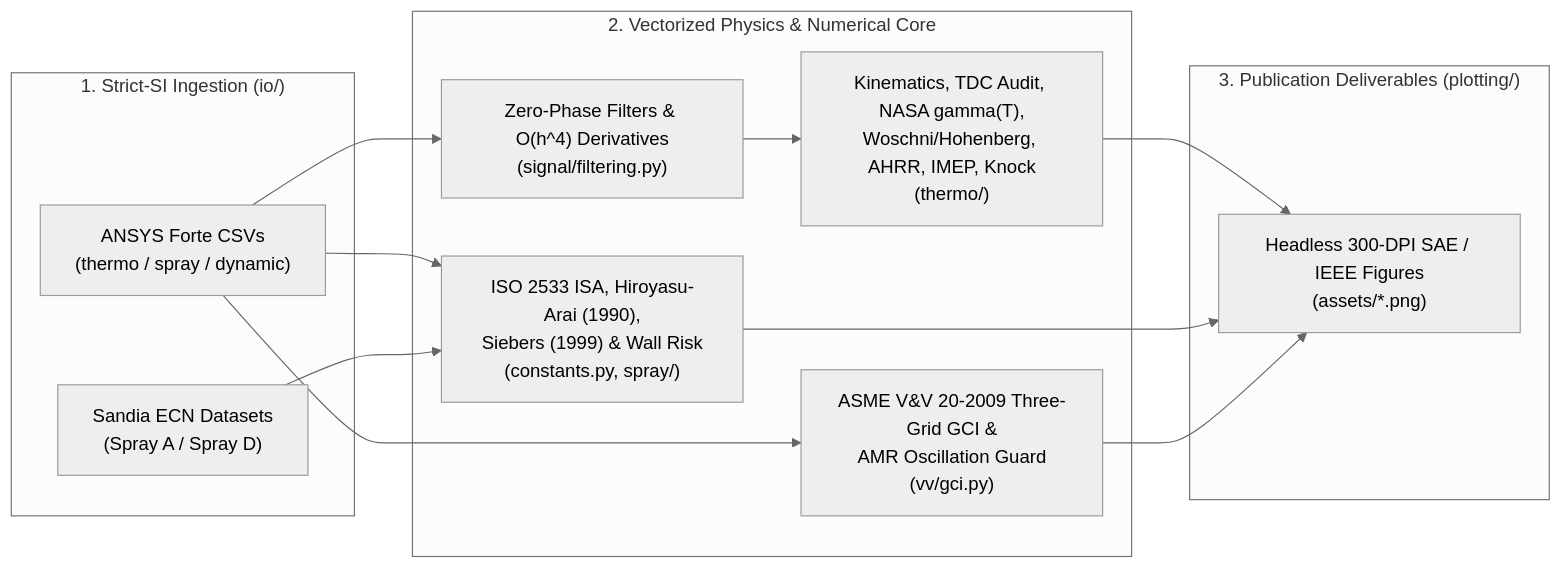
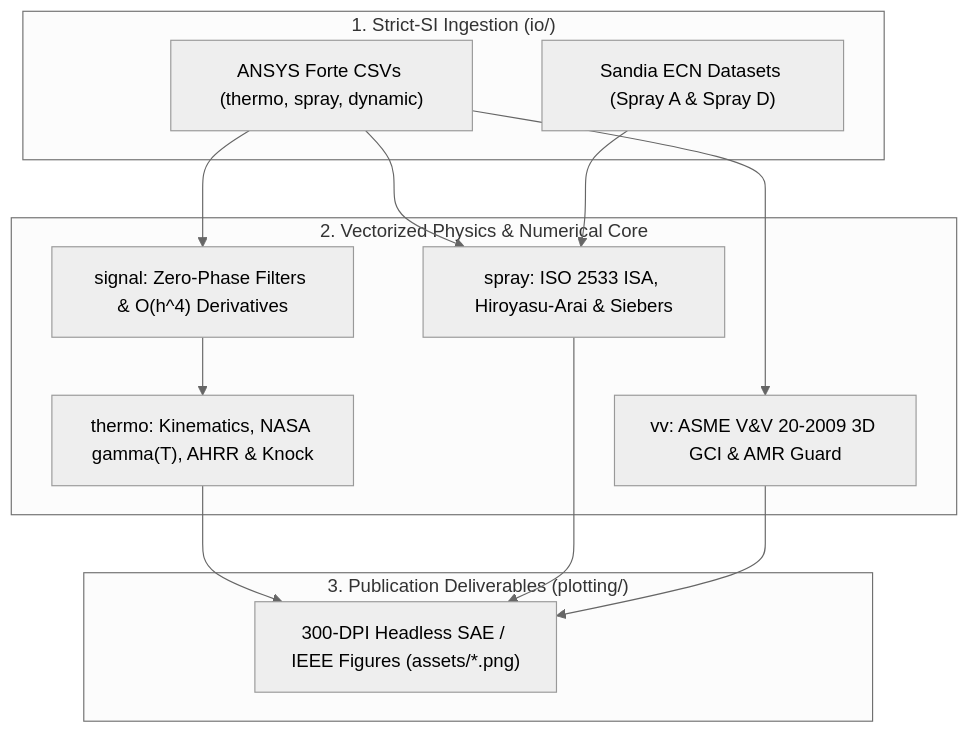
The diagram in README.md (alpztel/ice-cfd-validation-assistant), drawn with Mermaid (neutral theme) before and after one commit. The commit also changed other lines of this file and 5 other files, not shown here.

````diff
--- a/README.md
+++ b/README.md
@@ -143,23 +141,23 @@
 ```mermaid
-flowchart LR
+flowchart TD
     subgraph IO["1. Strict-SI Ingestion (io/)"]
-        Forte["ANSYS Forte CSVs<br/>(thermo / spray / dynamic)"]
-        ECN["Sandia ECN Datasets<br/>(Spray A / Spray D)"]
+        Forte["ANSYS Forte CSVs (thermo, spray, dynamic)"]
+        ECN["Sandia ECN Datasets (Spray A & Spray D)"]
     end
 
     subgraph Core["2. Vectorized Physics & Numerical Core"]
-        Sig["Zero-Phase Filters & O(h^4) Derivatives<br/>(signal/filtering.py)"]
-        Thermo["Kinematics, TDC Audit, NASA gamma(T),<br/>Woschni/Hohenberg, AHRR, IMEP, Knock<br/>(thermo/)"]
-        Spray["ISO 2533 ISA, Hiroyasu-Arai (1990),<br/>Siebers (1999) & Wall Risk<br/>(constants.py, spray/)"]
-        VV["ASME V&V 20-2009 Three-Grid GCI &<br/>AMR Oscillation Guard<br/>(vv/gci.py)"]
+        Sig["signal: Zero-Phase Filters & O(h^4) Derivatives"]
+        Thermo["thermo: Kinematics, NASA gamma(T), AHRR & Knock"]
+        Spray["spray: ISO 2533 ISA, Hiroyasu-Arai & Siebers"]
+        VV["vv: ASME V&V 20-2009 3D GCI & AMR Guard"]
     end
 
     subgraph Out["3. Publication Deliverables (plotting/)"]
-        Plots["Headless 300-DPI SAE / IEEE Figures<br/>(assets/*.png)"]
+        Plots["300-DPI Headless SAE / IEEE Figures (assets/*.png)"]
     end
 
     Forte --> Sig --> Thermo --> Plots
     Forte --> Spray
     ECN --> Spray --> Plots
     Forte --> VV --> Plots
 ```
````
